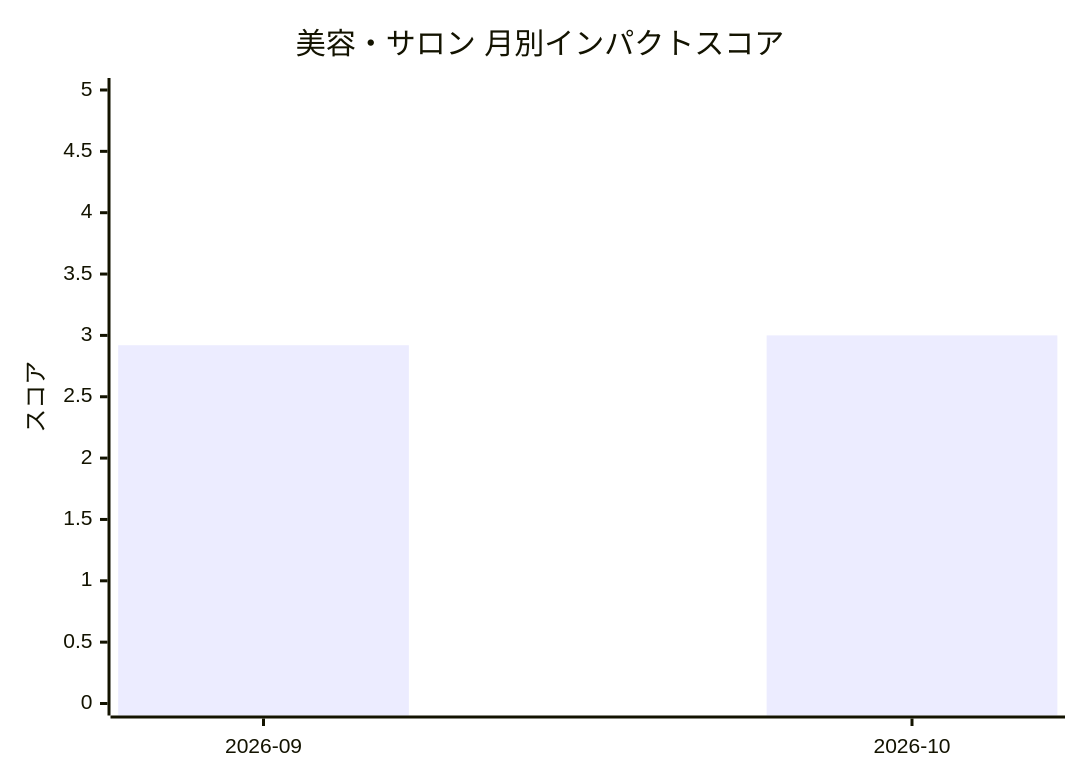
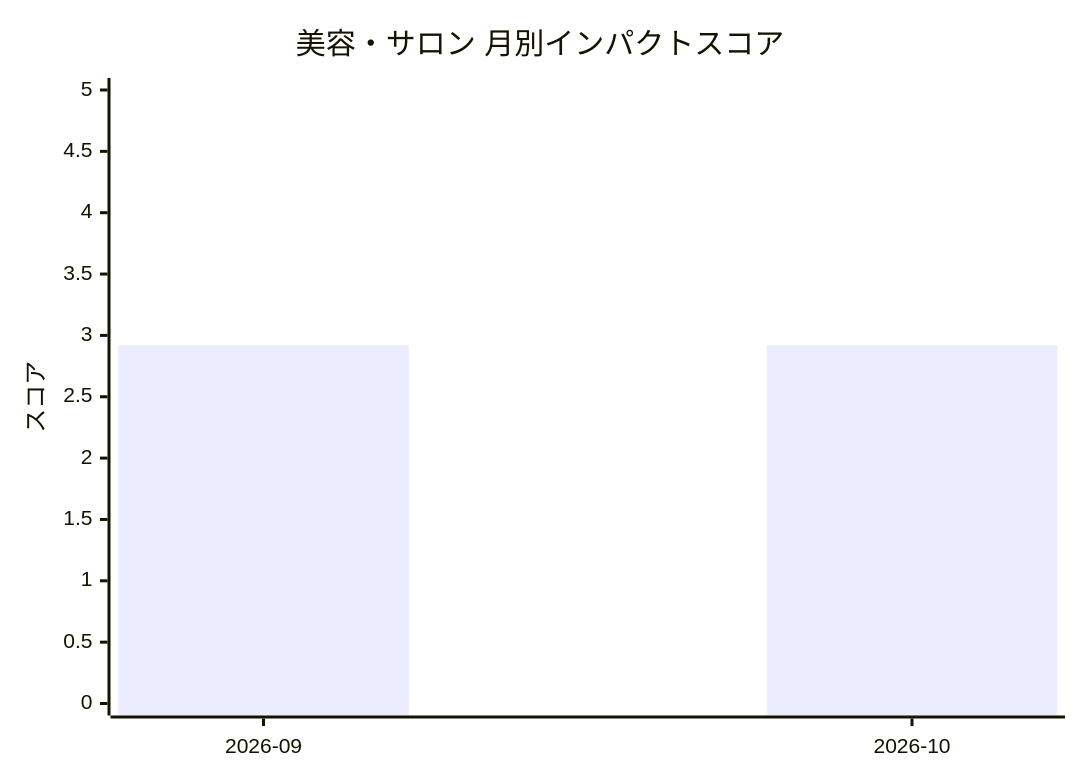
One commit to devaise-support/ai-research changed the diagram in knowledge/industry-impact/beauty.md. Above: the diagram before and after it, drawn with Mermaid. The commit also changed other lines of this file and 14 other files, not shown here.

````diff
--- a/knowledge/industry-impact/beauty.md
+++ b/knowledge/industry-impact/beauty.md
@@ -7,7 +17,7 @@
 ```mermaid
 xychart-beta
   title "美容・サロン 月別インパクトスコア"
   x-axis [2026-09, 2026-10]
   y-axis "スコア" 0 --> 5
-  bar [2.92, 3.0]
+  bar [2.92, 2.92]
 ```
````
